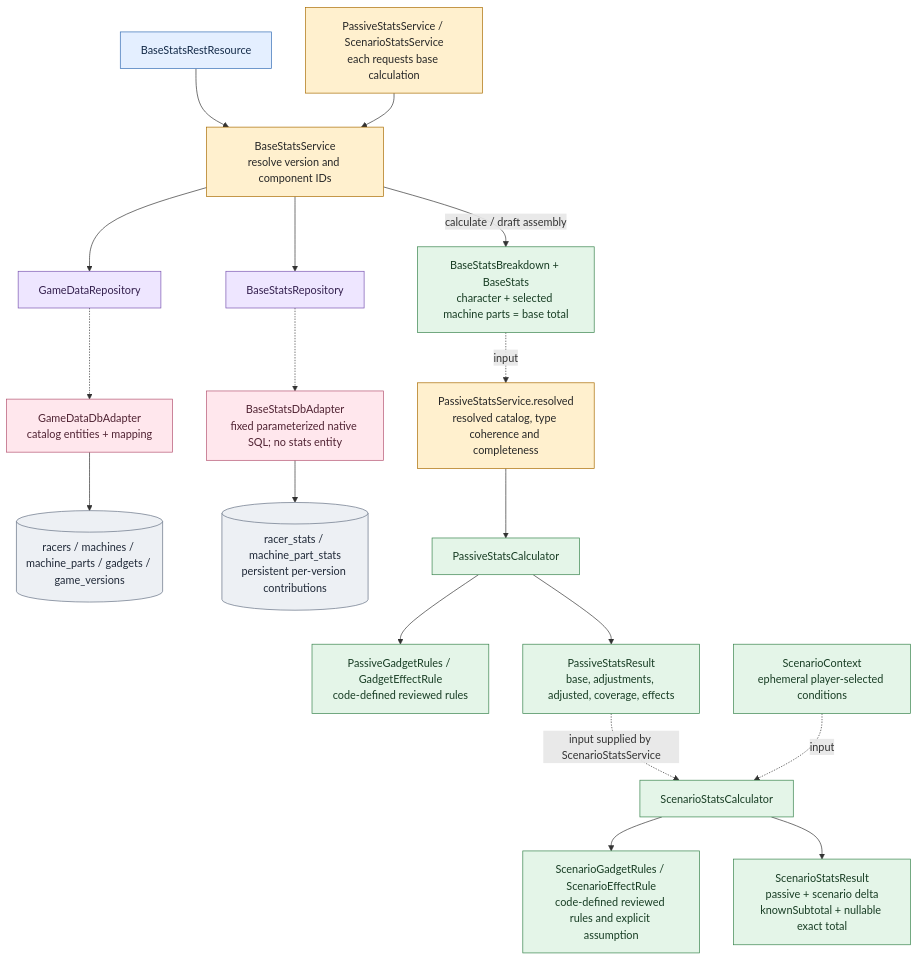
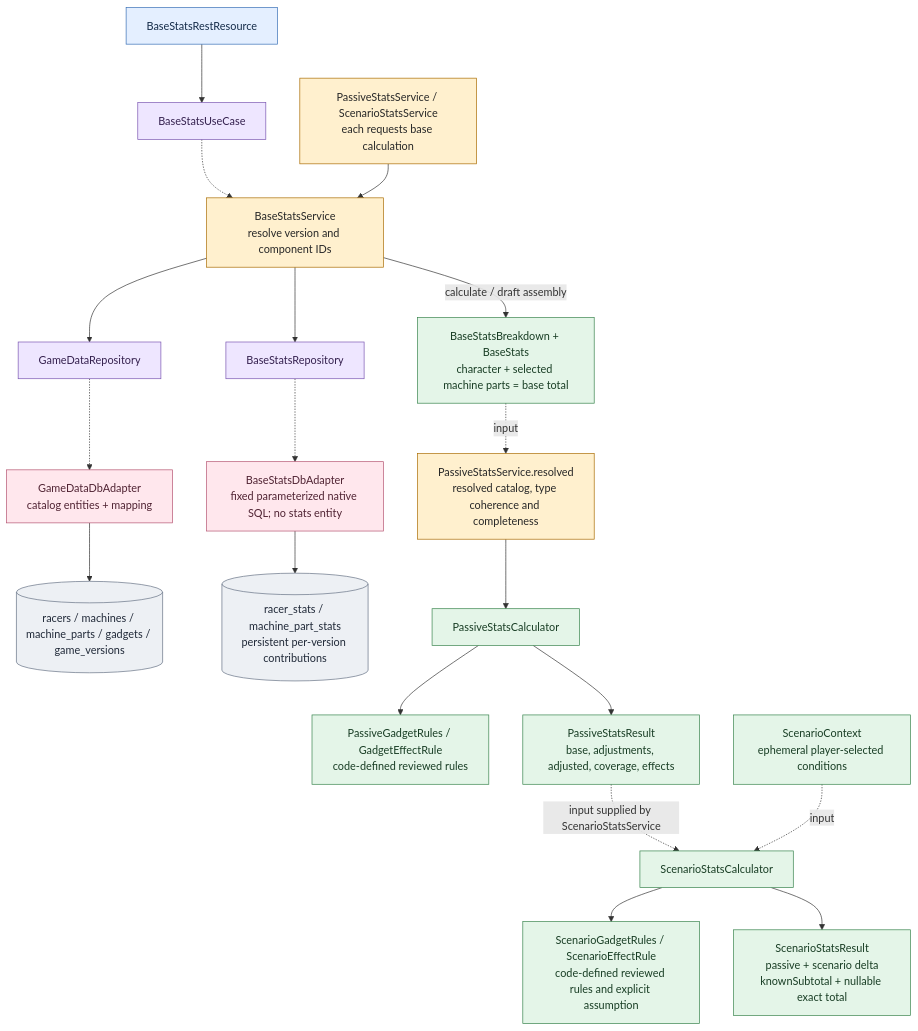
Diagram 12 of 31 in docs/architecture-atlas.md (alexungu04genoff/RingLab), drawn with Mermaid before and after one commit. The commit also changed other lines of this file and 100 other files, not shown here.

````diff
--- a/docs/architecture-atlas.md
+++ b/docs/architecture-atlas.md
@@ -659,42 +681,42 @@
 ```mermaid
 flowchart TB
   endpoints["BaseStatsRestResource"]:::rest
   consumers["PassiveStatsService / ScenarioStatsService<br/>each requests base calculation"]:::app
   base["BaseStatsService<br/>resolve version and component IDs"]:::app
   gp["GameDataRepository"]:::port
   sp["BaseStatsRepository"]:::port
   ga["GameDataDbAdapter<br/>catalog entities + mapping"]:::adapter
   sa["BaseStatsDbAdapter<br/>fixed parameterized native SQL; no stats entity"]:::adapter
   catalog[("racers / machines / machine_parts / gadgets / game_versions")]:::outside
   numbers[("racer_stats / machine_part_stats<br/>persistent per-version contributions")]:::outside
   breakdown["BaseStatsBreakdown + BaseStats<br/>character + selected machine parts = base total"]:::domain
   ps["PassiveStatsService.resolved<br/>resolved catalog, type coherence and completeness"]:::app
   pr["PassiveGadgetRules / GadgetEffectRule<br/>code-defined reviewed rules"]:::domain
   pc["PassiveStatsCalculator"]:::domain
   po["PassiveStatsResult<br/>base, adjustments, adjusted, coverage, effects"]:::domain
   sr["ScenarioGadgetRules / ScenarioEffectRule<br/>code-defined reviewed rules and explicit assumption"]:::domain
   ctx["ScenarioContext<br/>ephemeral player-selected conditions"]:::domain
   sc["ScenarioStatsCalculator"]:::domain
   so["ScenarioStatsResult<br/>passive + scenario delta<br/>knownSubtotal + nullable exact total"]:::domain
-  endpoints --> base
+  endpoints --> input["BaseStatsUseCase"]:::port -.-> base
   consumers --> base
   base --> gp
   base --> sp
   gp -.-> ga --> catalog
   sp -.-> sa --> numbers
   base -->|"calculate / draft assembly"| breakdown
   breakdown -.->|"input"| ps
   ps --> pc
   pc --> pr
   pc --> po
   po -.->|"input supplied by ScenarioStatsService"| sc
   ctx -.->|"input"| sc
   sc --> sr
   sc --> so
   classDef rest fill:#e4efff,stroke:#356db4,color:#142b49
   classDef app fill:#fff0ce,stroke:#a96b00,color:#272727
   classDef domain fill:#e4f5e8,stroke:#37834c,color:#183d24
   classDef port fill:#eee6ff,stroke:#7954b1,color:#35214f
   classDef adapter fill:#ffe7ed,stroke:#b45370,color:#502333
   classDef outside fill:#edf0f4,stroke:#657184,color:#202938
 ```
````
